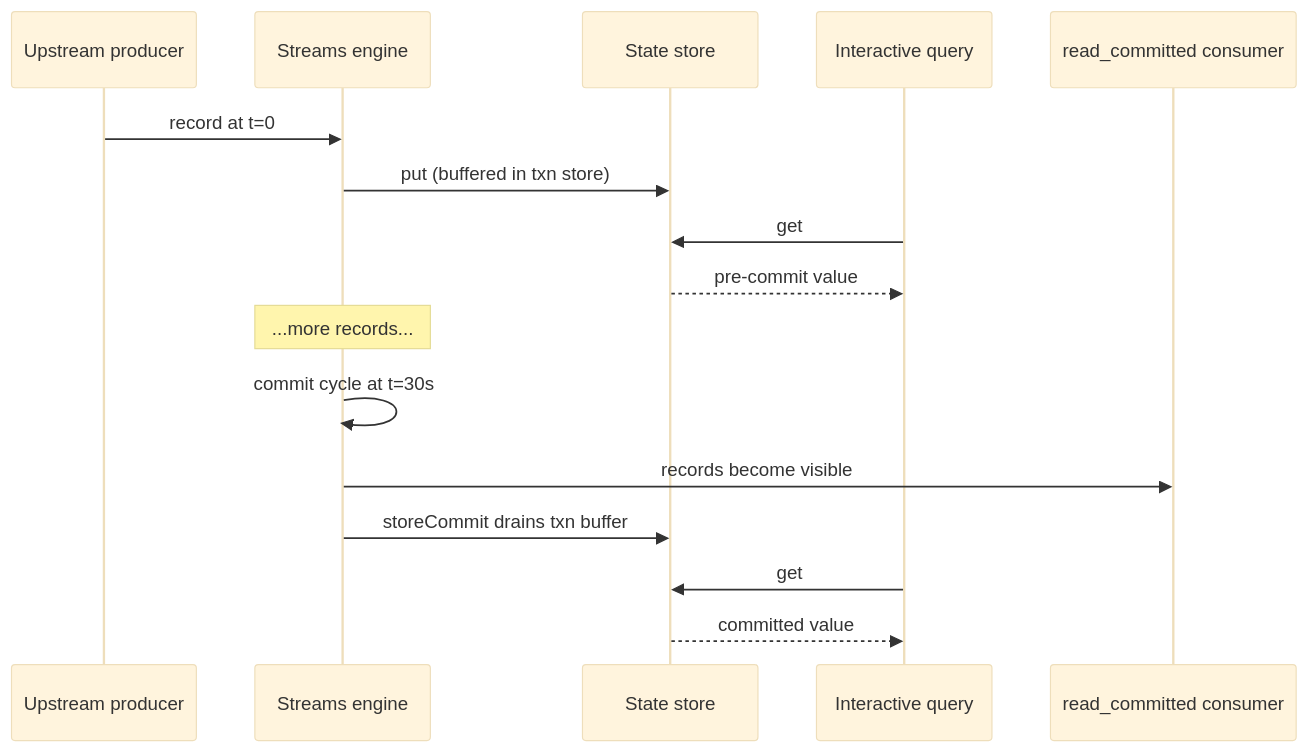
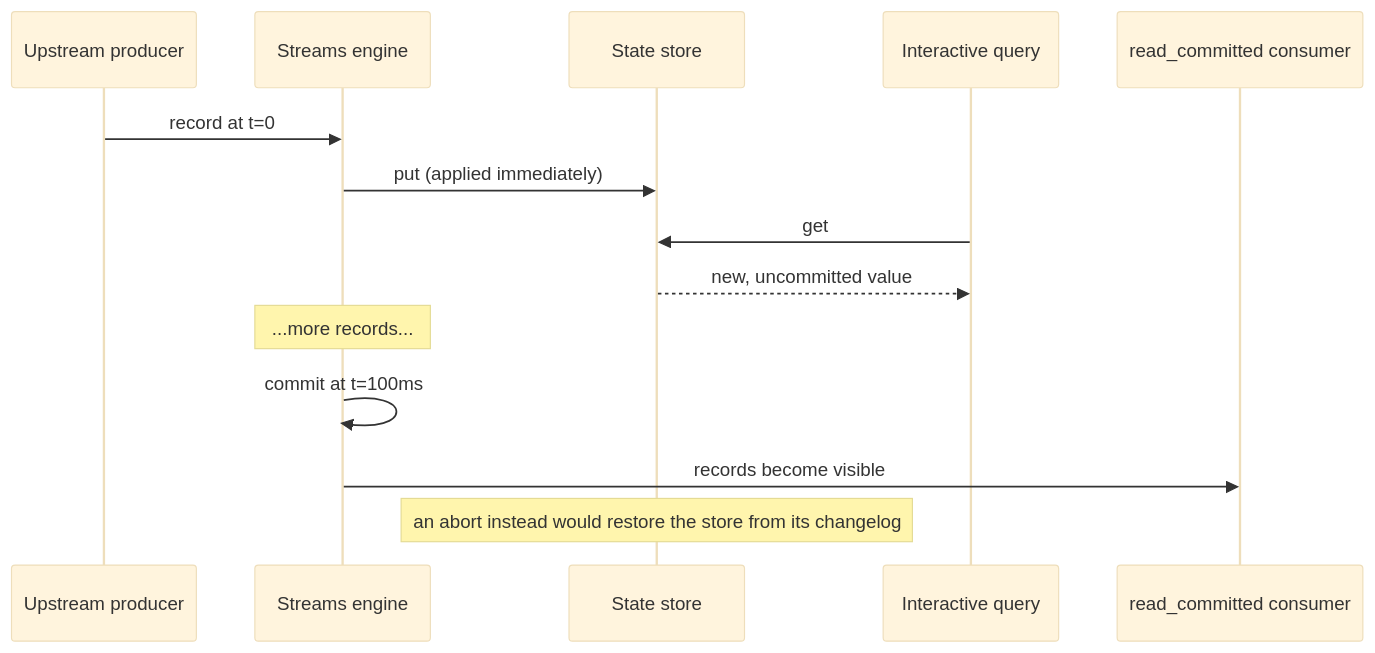
The diagram in website/src/content/docs/kafka-streams/operating/visibility.md (iand675/wireform-), drawn with Mermaid (base theme) before and after one commit. The commit also changed other lines of this file and 39 other files, not shown here.

````diff
--- a/website/src/content/docs/kafka-streams/operating/visibility.md
+++ b/website/src/content/docs/kafka-streams/operating/visibility.md
@@ -55,18 +55,16 @@
 ```mermaid
 sequenceDiagram
   participant Up as Upstream producer
   participant Eng as Streams engine
   participant Store as State store
   participant IQ as Interactive query
   participant Down as read_committed consumer
   Up->>Eng: record at t=0
-  Eng->>Store: put (buffered in txn store)
+  Eng->>Store: put (applied immediately)
   IQ->>Store: get
-  Store-->>IQ: pre-commit value
+  Store-->>IQ: new, uncommitted value
   Note over Eng: ...more records...
-  Eng->>Eng: commit cycle at t=30s
+  Eng->>Eng: commit at t=100ms
   Eng->>Down: records become visible
-  Eng->>Store: storeCommit drains txn buffer
-  IQ->>Store: get
-  Store-->>IQ: committed value
+  Note over Store: an abort instead would restore the store from its changelog
 ```
````
